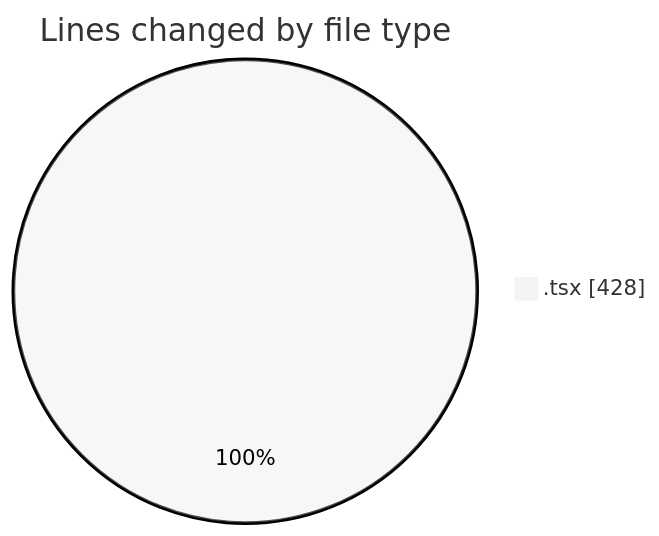
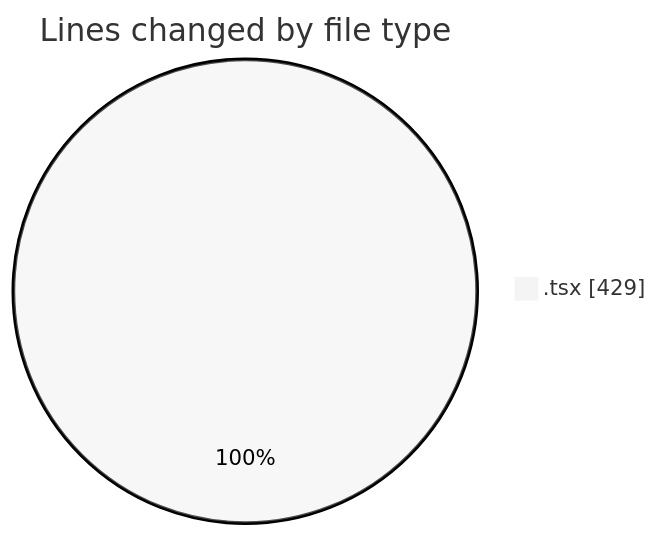
One commit to momahboobian/code-tracking changed the first of 2 diagrams in 2026-01-12/cda/README.md. Above: the diagram before and after it, drawn with Mermaid (neutral theme). The commit also changed other lines of this file and 1 other file, not shown here.

````diff
--- a/2026-01-12/cda/README.md
+++ b/2026-01-12/cda/README.md
@@ -20,5 +20,5 @@
 ```mermaid
 pie showData
 title Lines changed by file type
-".tsx" : 428
+".tsx" : 429
 ```
````
